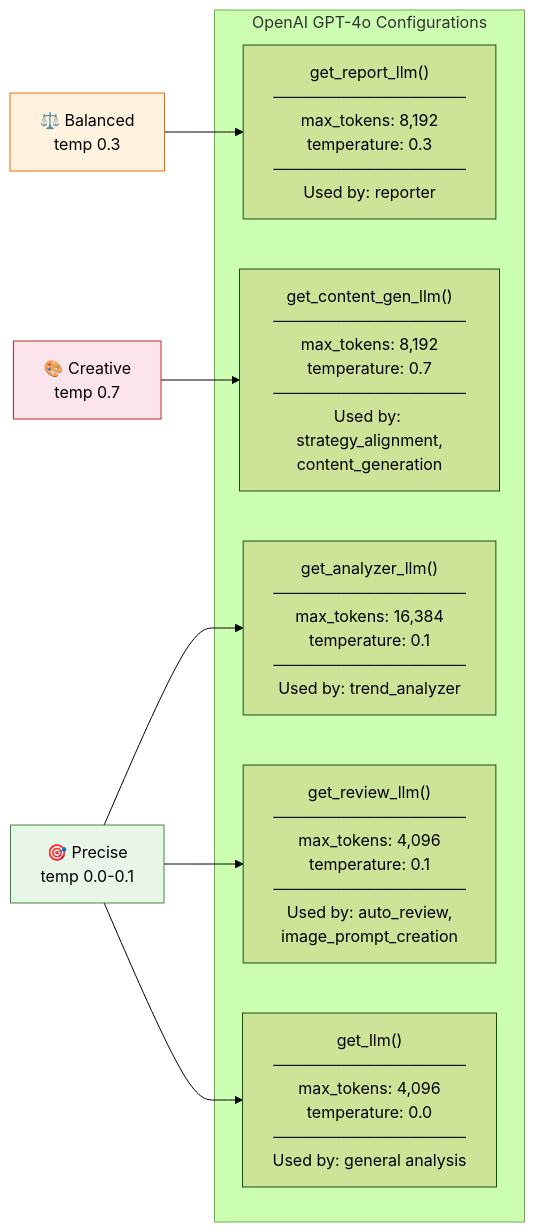
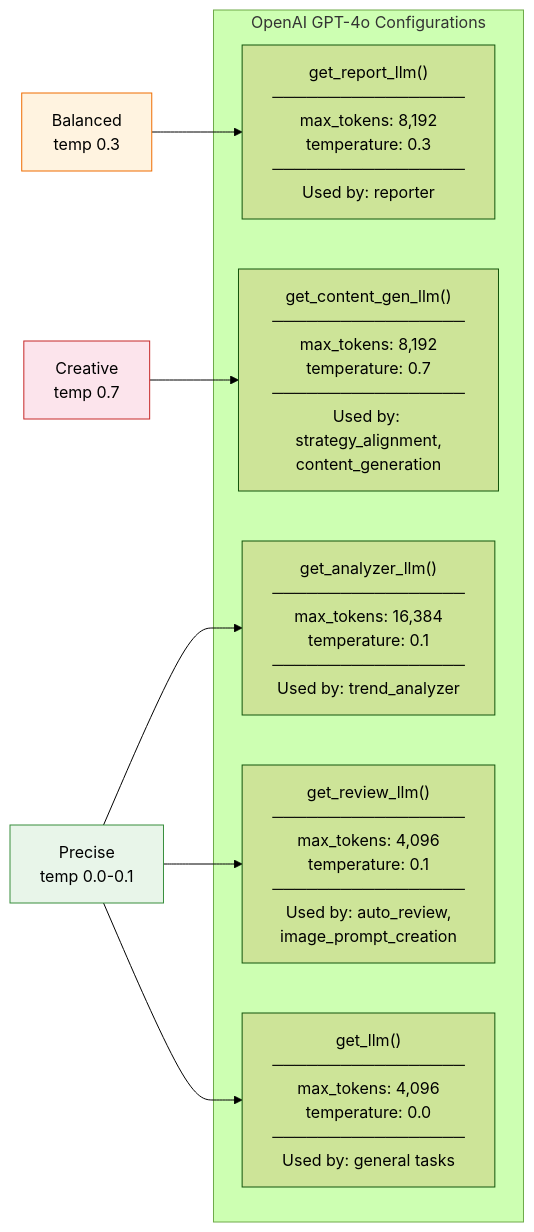
The eighth of 12 diagrams in docs/architecture-diagrams.md (minhduc59/marketing-content_create-multi_agent), drawn with Mermaid (forest theme) before and after one commit. The commit also changed other lines of this file and 96 other files, not shown here.

````diff
--- a/docs/architecture-diagrams.md
+++ b/docs/architecture-diagrams.md
@@ -414,24 +552,24 @@
 ```mermaid
 graph LR
     subgraph LLM_CONFIG["OpenAI GPT-4o Configurations"]
         A["get_analyzer_llm()<br/>─────────────────<br/>max_tokens: 16,384<br/>temperature: 0.1<br/>─────────────────<br/>Used by: trend_analyzer"]
 
         B["get_report_llm()<br/>─────────────────<br/>max_tokens: 8,192<br/>temperature: 0.3<br/>─────────────────<br/>Used by: reporter"]
 
         C["get_content_gen_llm()<br/>─────────────────<br/>max_tokens: 8,192<br/>temperature: 0.7<br/>─────────────────<br/>Used by: strategy_alignment,<br/>content_generation"]
 
         D["get_review_llm()<br/>─────────────────<br/>max_tokens: 4,096<br/>temperature: 0.1<br/>─────────────────<br/>Used by: auto_review,<br/>image_prompt_creation"]
 
-        E["get_llm()<br/>─────────────────<br/>max_tokens: 4,096<br/>temperature: 0.0<br/>─────────────────<br/>Used by: general analysis"]
+        E["get_llm()<br/>─────────────────<br/>max_tokens: 4,096<br/>temperature: 0.0<br/>─────────────────<br/>Used by: general tasks"]
     end
 
-    PRECISE["🎯 Precise<br/>temp 0.0-0.1"] --> A
+    PRECISE["Precise<br/>temp 0.0-0.1"] --> A
     PRECISE --> D
     PRECISE --> E
-    BALANCED["⚖️ Balanced<br/>temp 0.3"] --> B
-    CREATIVE["🎨 Creative<br/>temp 0.7"] --> C
+    BALANCED["Balanced<br/>temp 0.3"] --> B
+    CREATIVE["Creative<br/>temp 0.7"] --> C
 
     style PRECISE fill:#e8f5e9,stroke:#388e3c
     style BALANCED fill:#fff3e0,stroke:#ef6c00
     style CREATIVE fill:#fce4ec,stroke:#c62828
 ```
````
